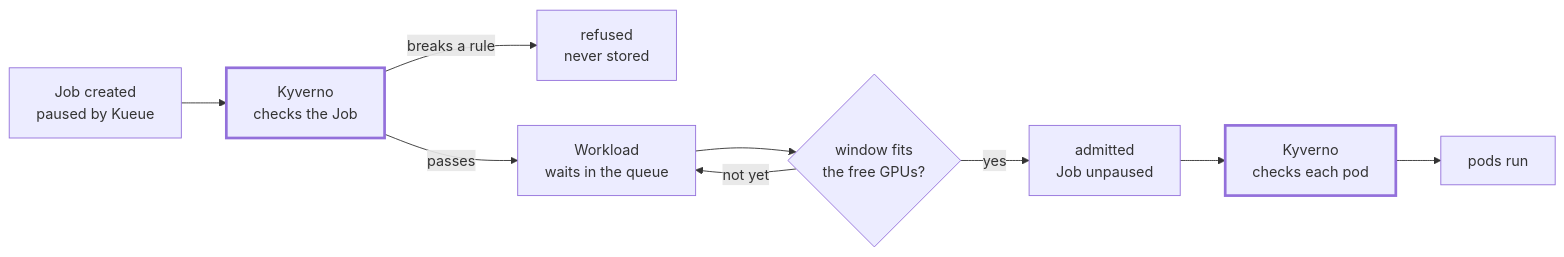
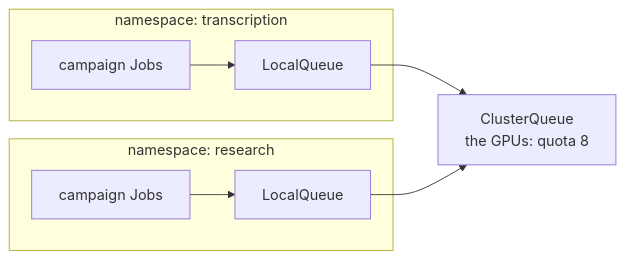
The diagram in docs/slides/assets/part-1-from-one-folder-to-the-archive-4.mmd (AI-Riksarkivet/htrflow-batch), drawn with Mermaid before and after one commit. The commit also changed 20 other files, not shown here.

First line of the commit message:
docs(slides): Kueue's wider features, and LocalQueue versus ClusterQueue

```diff
--- a/docs/slides/assets/part-1-from-one-folder-to-the-archive-4.mmd
+++ b/docs/slides/assets/part-1-from-one-folder-to-the-archive-4.mmd
@@ -1,16 +1,10 @@
 flowchart LR
-  J["Job created<br/>paused by Kueue"]
-  K1["Kyverno<br/>checks the Job"]
-  REFUSED["refused<br/>never stored"]
-  W["Workload<br/>waits in the queue"]
-  Q{"window fits<br/>the free GPUs?"}
-  R["admitted<br/>Job unpaused"]
-  K2["Kyverno<br/>checks each pod"]
-  P["pods run"]
-  J --> K1
-  K1 -->|"breaks a rule"| REFUSED
-  K1 -->|"passes"| W --> Q
-  Q -->|"not yet"| W
-  Q -->|"yes"| R --> K2 --> P
-  style K1 stroke-width:3px
-  style K2 stroke-width:3px
+  subgraph NA["namespace: transcription"]
+    JA["campaign Jobs"] --> LQA["LocalQueue"]
+  end
+  subgraph NB["namespace: research"]
+    JB["campaign Jobs"] --> LQB["LocalQueue"]
+  end
+  CQ["ClusterQueue<br/>the GPUs: quota 8"]
+  LQA --> CQ
+  LQB --> CQ
```
